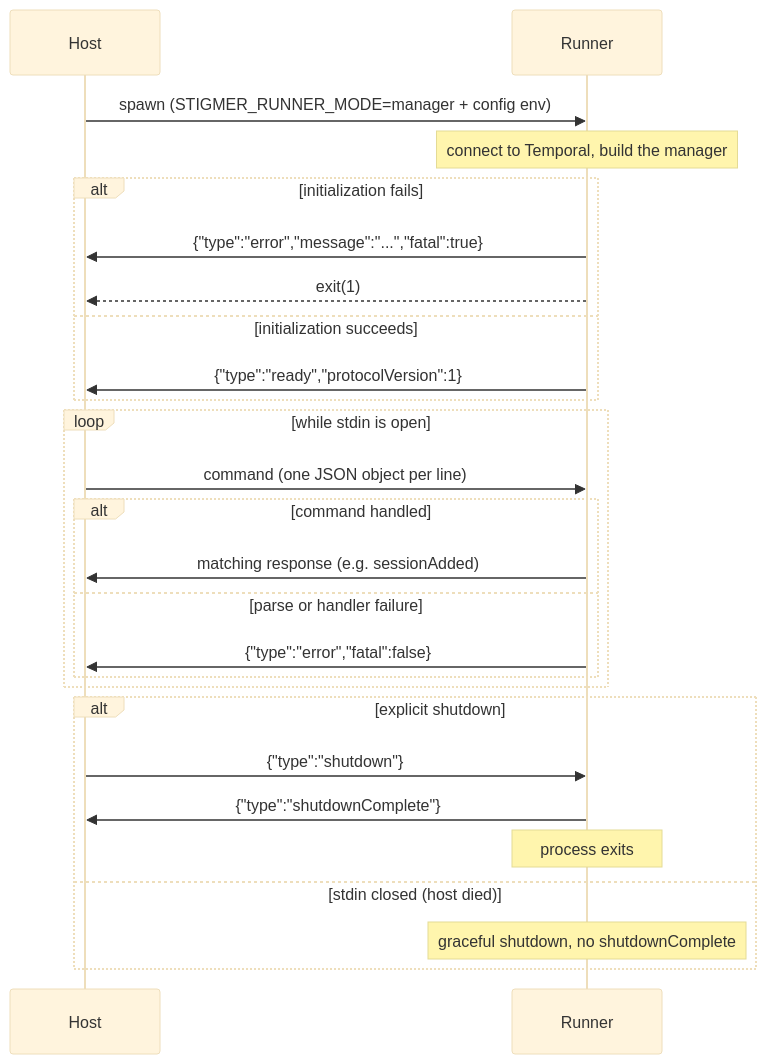
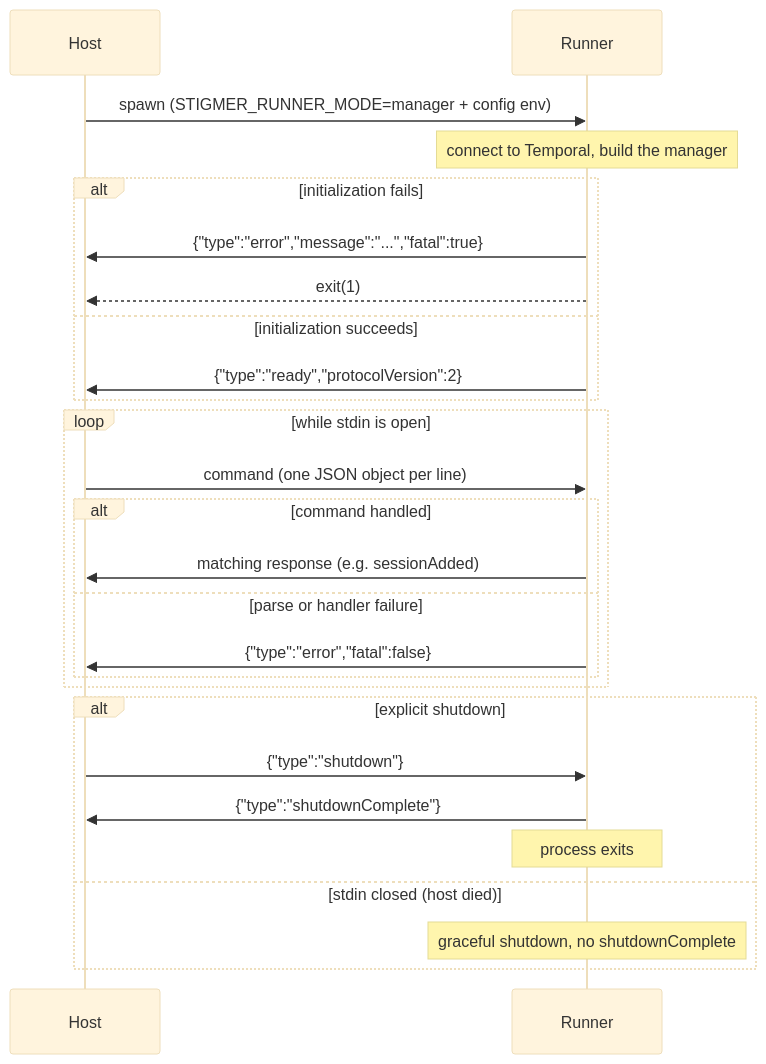
One commit to stigmer/stigmer changed the diagram in docs/guides/runners/ipc-protocol.mdx. Above: the diagram before and after it, drawn with Mermaid (base theme). The commit also changed other lines of this file and 6 other files, not shown here.

First line of the commit message:
feat(runner,crates)!: the runner IPC protocol is version 2

````diff
--- a/docs/guides/runners/ipc-protocol.mdx
+++ b/docs/guides/runners/ipc-protocol.mdx
@@ -80,28 +81,28 @@
 ```mermaid
 sequenceDiagram
   participant Host
   participant Runner
   Host->>Runner: spawn (STIGMER_RUNNER_MODE=manager + config env)
   Note over Runner: connect to Temporal, build the manager
   alt initialization fails
     Runner->>Host: {"type":"error","message":"...","fatal":true}
     Runner-->>Host: exit(1)
   else initialization succeeds
-    Runner->>Host: {"type":"ready","protocolVersion":1}
+    Runner->>Host: {"type":"ready","protocolVersion":2}
   end
   loop while stdin is open
     Host->>Runner: command (one JSON object per line)
     alt command handled
       Runner->>Host: matching response (e.g. sessionAdded)
     else parse or handler failure
       Runner->>Host: {"type":"error","fatal":false}
     end
   end
   alt explicit shutdown
     Host->>Runner: {"type":"shutdown"}
     Runner->>Host: {"type":"shutdownComplete"}
     Note over Runner: process exits
   else stdin closed (host died)
     Note over Runner: graceful shutdown, no shutdownComplete
   end
 ```
````
